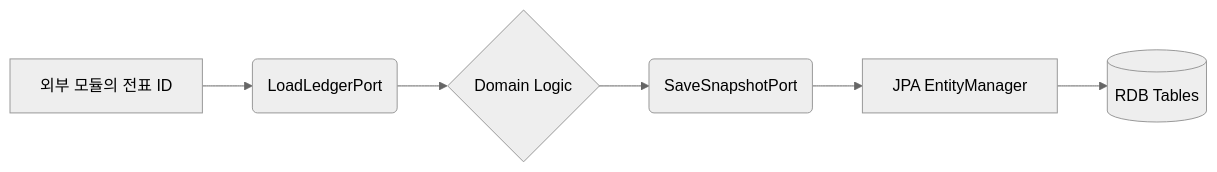
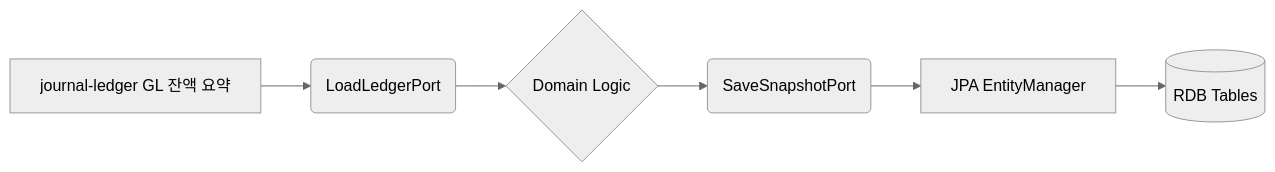
The second of 2 diagrams in reporting/docs/schema.md (skyg547/account), drawn with Mermaid (neutral theme) before and after one commit. The commit also changed 66 other files, not shown here.

First line of the commit message:
feat(architecture): 헥사고날 아키텍처/SCD2 고도화 및 대사 복합매칭 도입

````diff
--- a/reporting/docs/schema.md
+++ b/reporting/docs/schema.md
@@ -57,8 +57,8 @@
 ```mermaid
 flowchart LR
-    A[외부 모듈의 전표 ID] --> B(LoadLedgerPort)
+    A[journal-ledger GL 잔액 요약] --> B(LoadLedgerPort)
     B --> C{Domain Logic}
     C --> D(SaveSnapshotPort)
     D --> E[JPA EntityManager]
     E --> F[(RDB Tables)]
 ```
````
